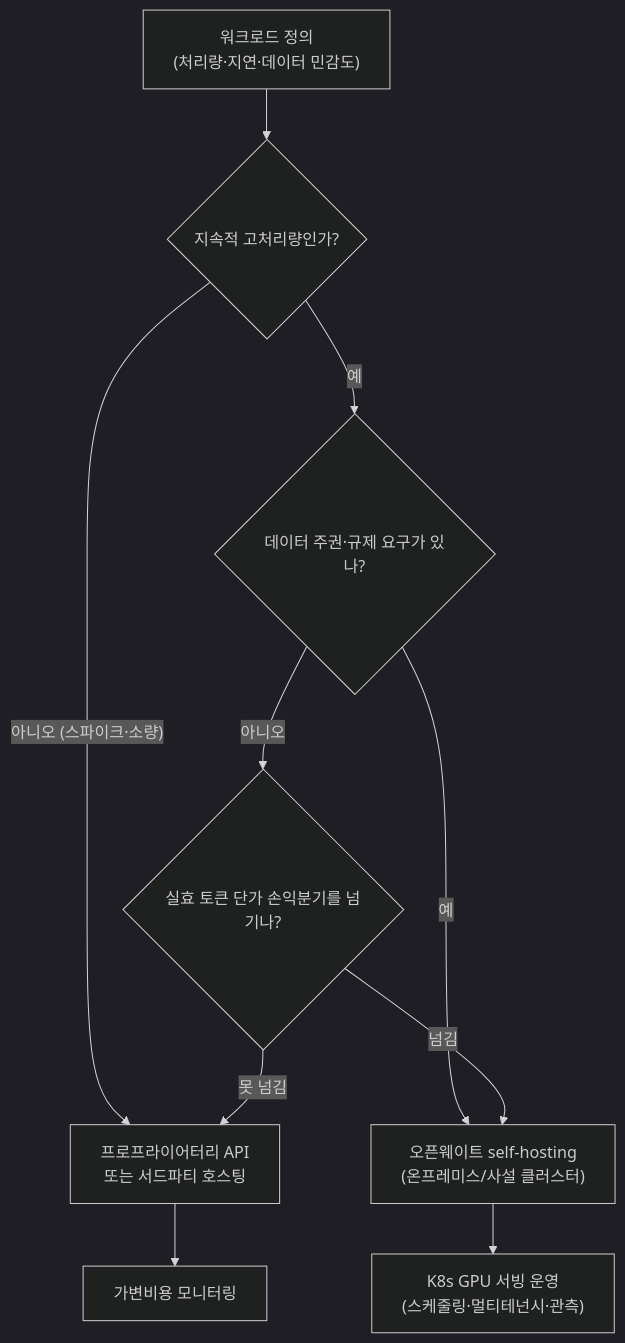
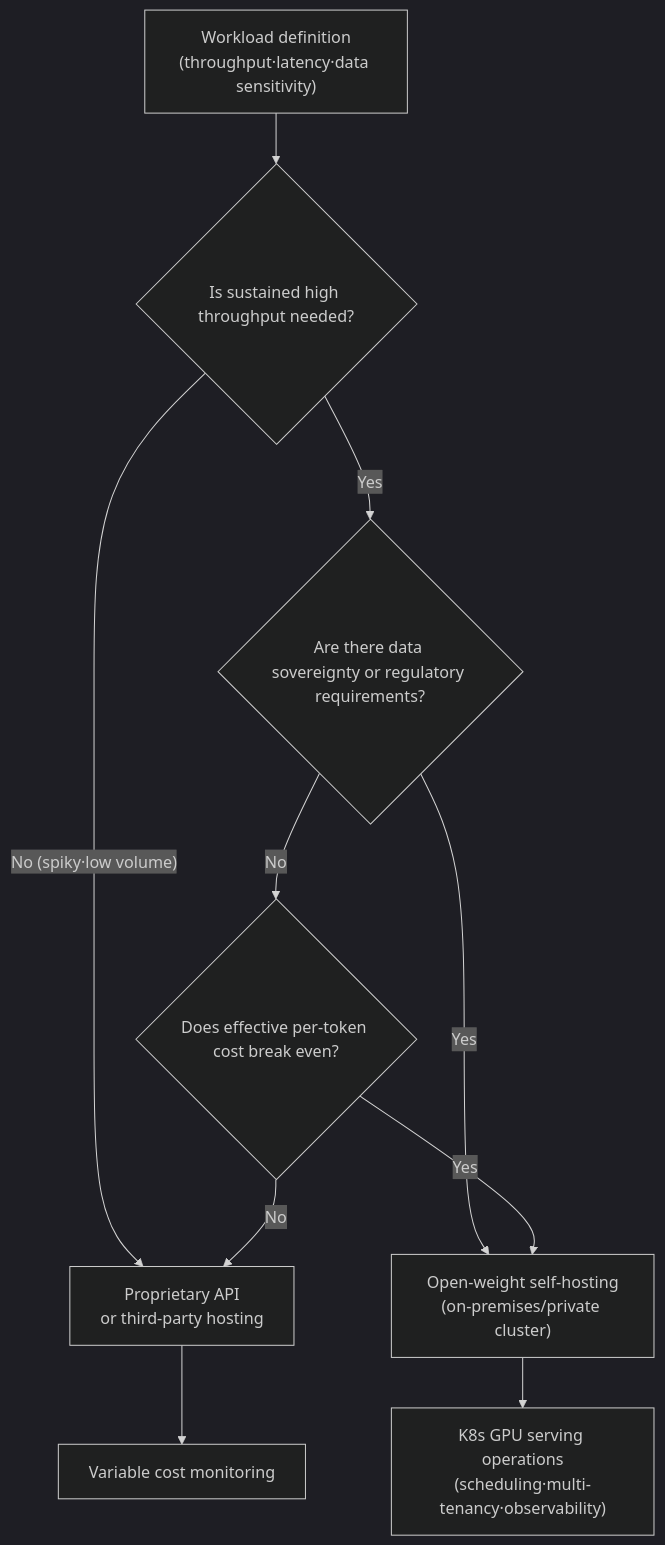
The diagram in _posts/en/llmops/2026-06-29-open-weight-self-hosting-economics-2026.md (ThakiCloud/thakicloud.github.io), drawn with Mermaid (dark theme) before and after one commit. The commit also changed 21 other files, not shown here.

First line of the commit message:
fix(blog): translate mermaid labels to post language (en/ar)

````diff
--- a/_posts/en/llmops/2026-06-29-open-weight-self-hosting-economics-2026.md
+++ b/_posts/en/llmops/2026-06-29-open-weight-self-hosting-economics-2026.md
@@ -63,12 +63,12 @@
 ```mermaid
 flowchart TD
-    A["워크로드 정의<br/>(처리량·지연·데이터 민감도)"] --> B{"지속적 고처리량인가?"}
-    B -->|"아니오 (스파이크·소량)"| C["프로프라이어터리 API<br/>또는 서드파티 호스팅"]
-    B -->|"예"| D{"데이터 주권·규제 요구가 있나?"}
-    D -->|"예"| E["오픈웨이트 self-hosting<br/>(온프레미스/사설 클러스터)"]
-    D -->|"아니오"| F{"실효 토큰 단가 손익분기를 넘기나?"}
-    F -->|"넘김"| E
-    F -->|"못 넘김"| C
-    E --> G["K8s GPU 서빙 운영<br/>(스케줄링·멀티테넌시·관측)"]
-    C --> H["가변비용 모니터링"]
+    A["Workload definition<br/>(throughput·latency·data sensitivity)"] --> B{"Is sustained high throughput needed?"}
+    B -->|"No (spiky·low volume)"| C["Proprietary API<br/>or third-party hosting"]
+    B -->|"Yes"| D{"Are there data sovereignty or regulatory requirements?"}
+    D -->|"Yes"| E["Open-weight self-hosting<br/>(on-premises/private cluster)"]
+    D -->|"No"| F{"Does effective per-token cost break even?"}
+    F -->|"Yes"| E
+    F -->|"No"| C
+    E --> G["K8s GPU serving operations<br/>(scheduling·multi-tenancy·observability)"]
+    C --> H["Variable cost monitoring"]
 ```
````
